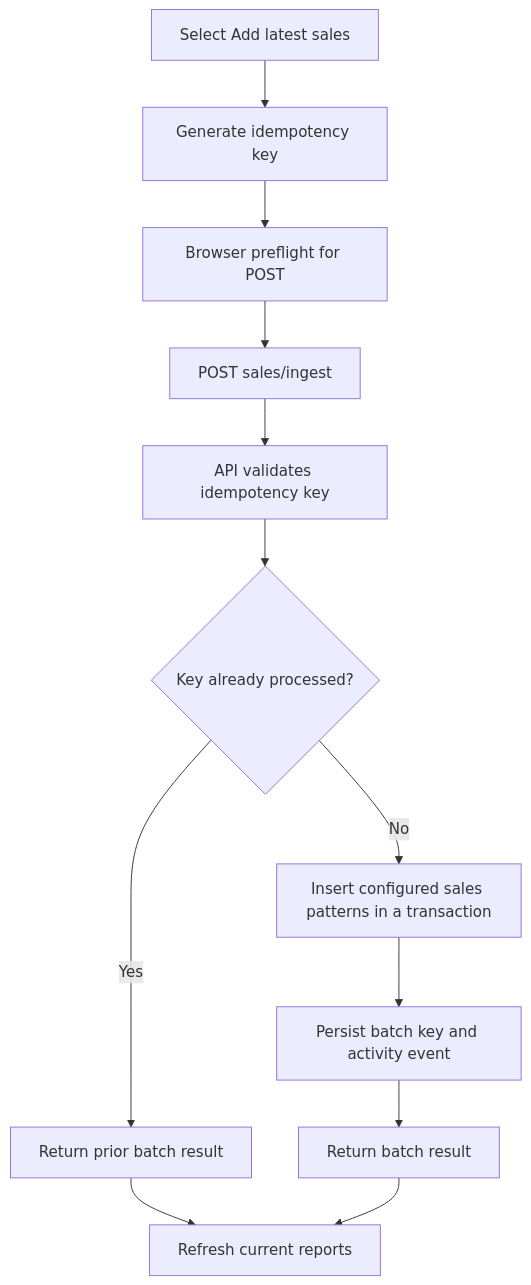
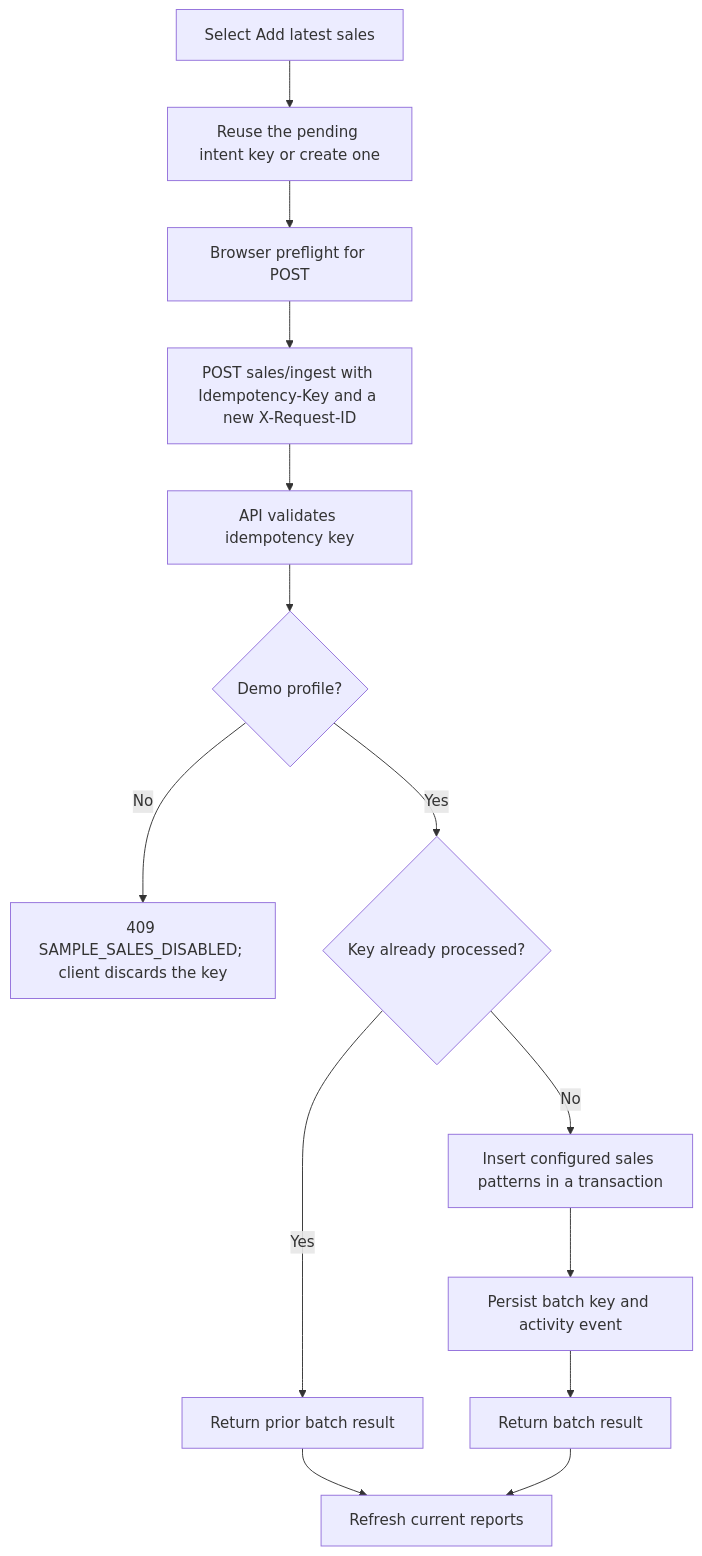
One commit to gopichand-retail-apps/retailpulse-backend changed the eighth of 12 diagrams in docs/architecture.md. Above: the diagram before and after it, drawn with Mermaid. The commit also changed other lines of this file and 1 other file, not shown here.

First line of the commit message:
docs: document the install profile, source state contract and RP-01 checks

````diff
--- a/docs/architecture.md
+++ b/docs/architecture.md
@@ -204,14 +204,16 @@
 ```mermaid
 flowchart TD
-    A[Select Add latest sales] --> B[Generate idempotency key]
+    A[Select Add latest sales] --> B[Reuse the pending intent key or create one]
     B --> C[Browser preflight for POST]
-    C --> D[POST sales/ingest]
+    C --> D[POST sales/ingest with Idempotency-Key and a new X-Request-ID]
     D --> E[API validates idempotency key]
-    E --> F{Key already processed?}
+    E --> P{Demo profile?}
+    P -->|No| R[409 SAMPLE_SALES_DISABLED; client discards the key]
+    P -->|Yes| F{Key already processed?}
     F -->|Yes| G[Return prior batch result]
     F -->|No| H[Insert configured sales patterns in a transaction]
     H --> I[Persist batch key and activity event]
     I --> J[Return batch result]
     G --> K[Refresh current reports]
     J --> K
 ```
````
